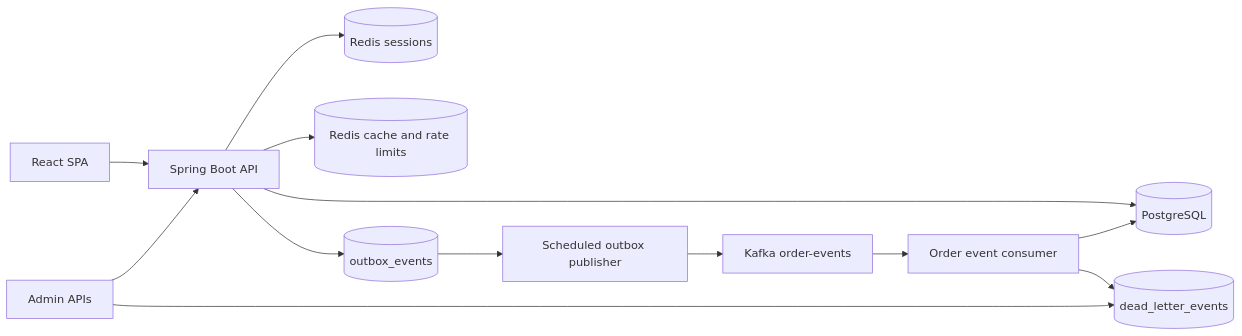
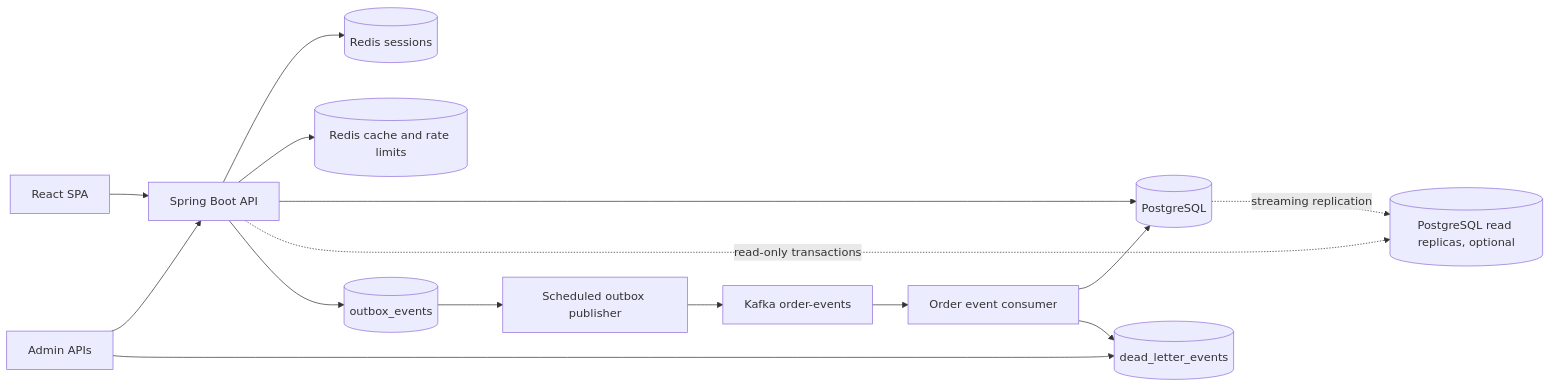
Before and after one commit to luc1ferxx/Luc1fersFoodBank: the first of 2 diagrams in README.md, drawn with Mermaid. The commit also changed other lines of this file and 8 other files, not shown here.

First line of the commit message:
Document and wire up read replicas for local, Kubernetes and alerting

````diff
--- a/README.md
+++ b/README.md
@@ -57,15 +57,17 @@
 ```mermaid
 flowchart LR
   Browser[React SPA] --> API[Spring Boot API]
   API --> Session[(Redis sessions)]
   API --> Cache[(Redis cache and rate limits)]
   API --> DB[(PostgreSQL)]
+  API -. read-only transactions .-> Replica[(PostgreSQL read replicas, optional)]
+  DB -. streaming replication .-> Replica
   API --> Outbox[(outbox_events)]
   Outbox --> Publisher[Scheduled outbox publisher]
   Publisher --> Kafka[Kafka order-events]
   Kafka --> Consumer[Order event consumer]
   Consumer --> DB
   Consumer --> DLT[(dead_letter_events)]
   Admin[Admin APIs] --> API
   Admin --> DLT
 ```
````
